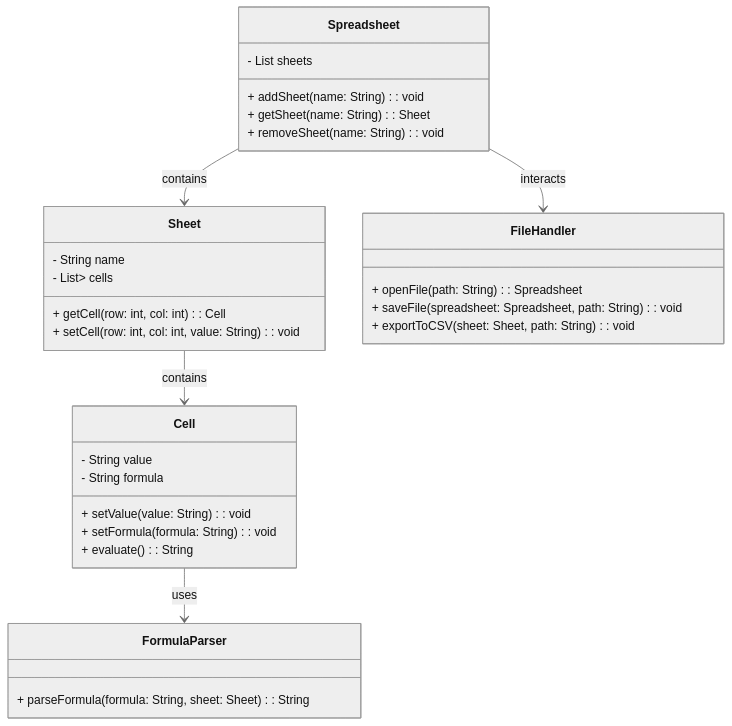
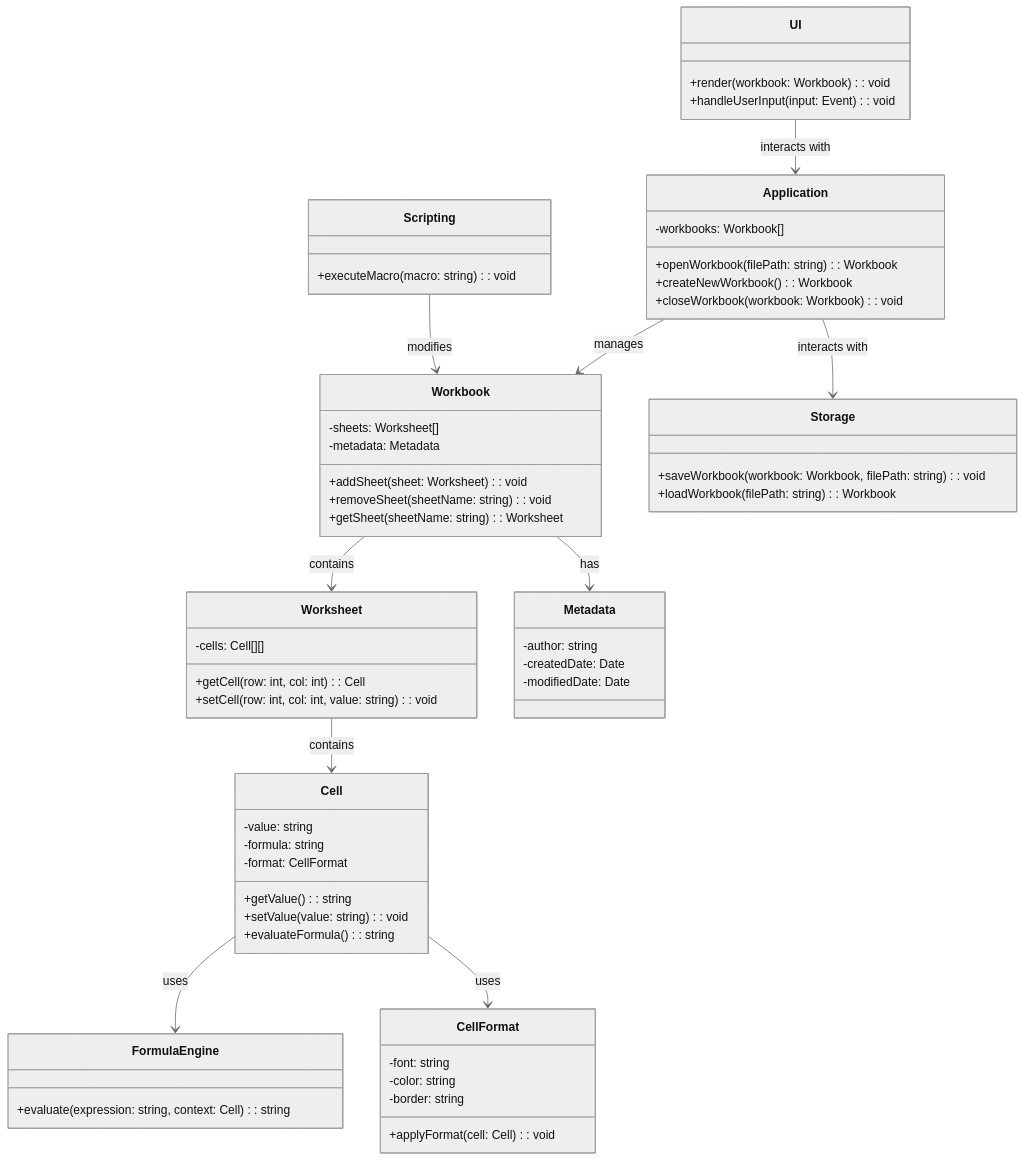
The diagram in README.md (ChandanShankar12/plansheetExcel), drawn with Mermaid (neutral theme) before and after one commit. The commit also changed 20 other files, not shown here.

Commit message:
created a server folder that contains business logic, services & req classes.

````diff
--- a/README.md
+++ b/README.md
@@ -3,39 +3,77 @@
-``` mermaid
+```mermaid
 classDiagram
-    class Spreadsheet {
-        - List<Sheet> sheets
-        + addSheet(name: String): void
-        + getSheet(name: String): Sheet
-        + removeSheet(name: String): void
+    %% Core Components
+    class Application {
+        -workbooks: Workbook[]
+        +openWorkbook(filePath: string): Workbook
+        +createNewWorkbook(): Workbook
+        +closeWorkbook(workbook: Workbook): void
     }
 
-    class Sheet {
-        - String name
-        - List<List<Cell>> cells
-        + getCell(row: int, col: int): Cell
-        + setCell(row: int, col: int, value: String): void
+    class Workbook {
+        -sheets: Worksheet[]
+        -metadata: Metadata
+        +addSheet(sheet: Worksheet): void
+        +removeSheet(sheetName: string): void
+        +getSheet(sheetName: string): Worksheet
+    }
+
+    class Worksheet {
+        -cells: Cell[][]
+        +getCell(row: int, col: int): Cell
+        +setCell(row: int, col: int, value: string): void
     }
 
     class Cell {
-        - String value
-        - String formula
-        + setValue(value: String): void
-        + setFormula(formula: String): void
-        + evaluate(): String
+        -value: string
+        -formula: string
+        -format: CellFormat
+        +getValue(): string
+        +setValue(value: string): void
+        +evaluateFormula(): string
     }
 
-    class FormulaParser {
-        + parseFormula(formula: String, sheet: Sheet): String
+    class FormulaEngine {
+        +evaluate(expression: string, context: Cell): string
     }
 
-    class FileHandler {
-        + openFile(path: String): Spreadsheet
-        + saveFile(spreadsheet: Spreadsheet, path: String): void
-        + exportToCSV(sheet: Sheet, path: String): void
+    class Metadata {
+        -author: string
+        -createdDate: Date
+        -modifiedDate: Date
     }
 
-    Spreadsheet --> Sheet : contains
-    Sheet --> Cell : contains
-    Cell --> FormulaParser : uses
-    Spreadsheet --> FileHandler : interacts
+    class CellFormat {
+        -font: string
+        -color: string
+        -border: string
+        +applyFormat(cell: Cell): void
+    }
+
+    class Storage {
+        +saveWorkbook(workbook: Workbook, filePath: string): void
+        +loadWorkbook(filePath: string): Workbook
+    }
+
+    class UI {
+        +render(workbook: Workbook): void
+        +handleUserInput(input: Event): void
+    }
+
+    class Scripting {
+        +executeMacro(macro: string): void
+    }
+
+    %% Relationships
+    Application --> Workbook : manages
+    Workbook --> Worksheet : contains
+    Worksheet --> Cell : contains
+    Cell --> FormulaEngine : uses
+    Workbook --> Metadata : has
+    Cell --> CellFormat : uses
+    Application --> Storage : interacts with
+    UI --> Application : interacts with
+    Scripting --> Workbook : modifies
+
+
 ```
````
